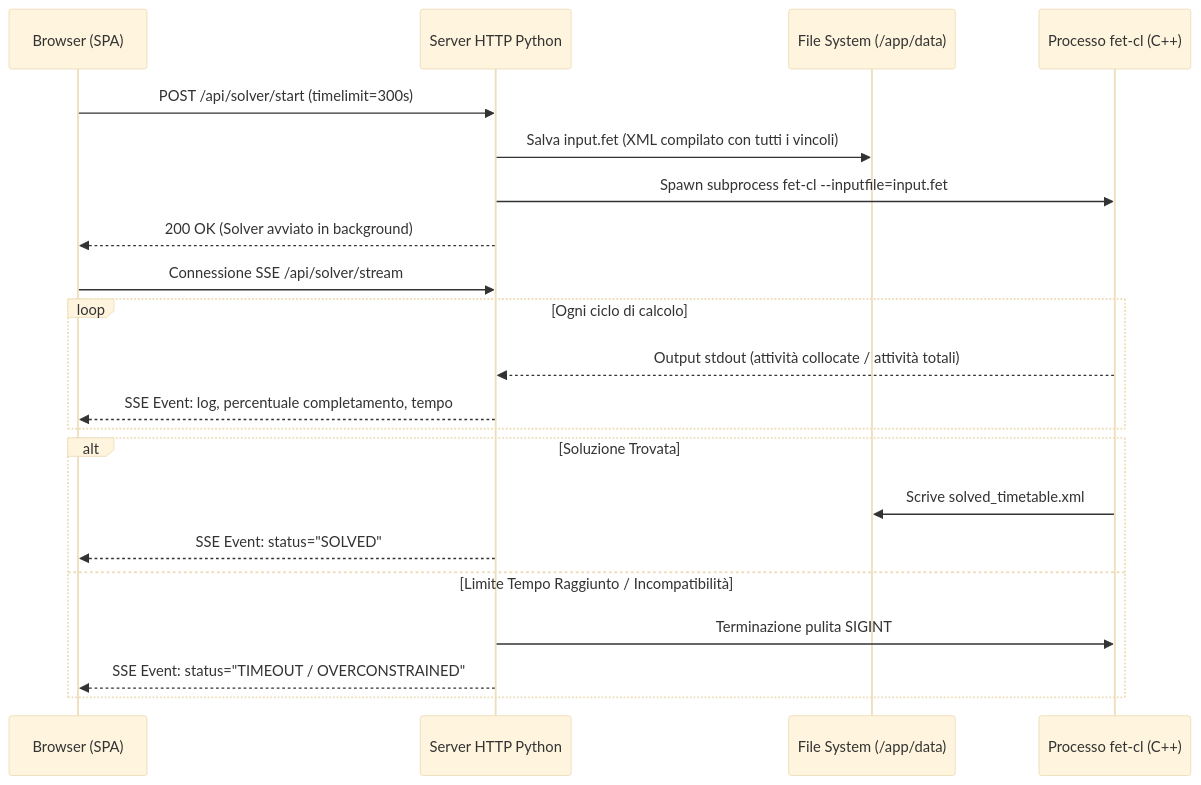
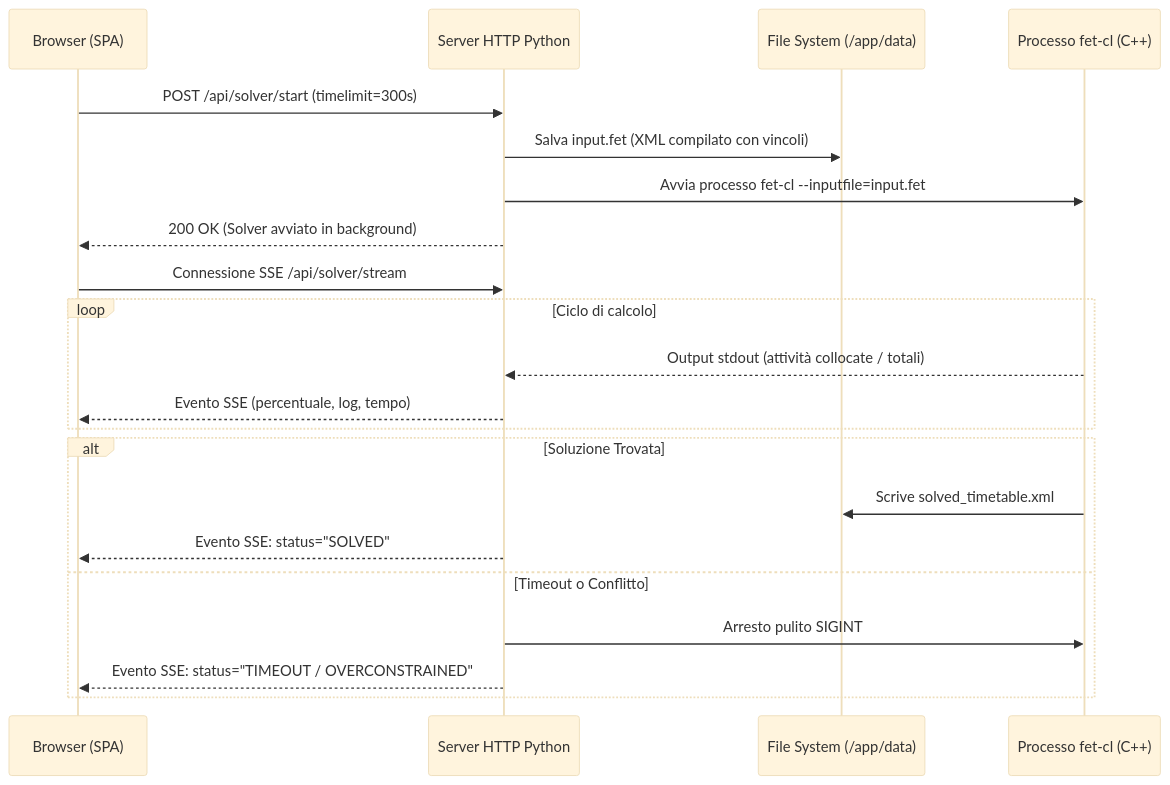
One commit to carlorigoni/eurario changed the second of 3 diagrams in docs/timetable-flow.md. Above: the diagram before and after it, drawn with Mermaid (base theme). The commit also changed other lines of this file and 13 other files, not shown here.

````diff
--- a/docs/timetable-flow.md
+++ b/docs/timetable-flow.md
@@ -70,24 +84,24 @@
 ```mermaid
 sequenceDiagram
     participant UI as Browser (SPA)
     participant Srv as Server HTTP Python
     participant Disk as File System (/app/data)
     participant FET as Processo fet-cl (C++)
 
     UI->>Srv: POST /api/solver/start (timelimit=300s)
-    Srv->>Disk: Salva input.fet (XML compilato con tutti i vincoli)
-    Srv->>FET: Spawn subprocess fet-cl --inputfile=input.fet
+    Srv->>Disk: Salva input.fet (XML compilato con vincoli)
+    Srv->>FET: Avvia processo fet-cl --inputfile=input.fet
     Srv-->>UI: 200 OK (Solver avviato in background)
     UI->>Srv: Connessione SSE /api/solver/stream
-    loop Ogni ciclo di calcolo
-        FET-->>Srv: Output stdout (attività collocate / attività totali)
-        Srv-->>UI: SSE Event: log, percentuale completamento, tempo
+    loop Ciclo di calcolo
+        FET-->>Srv: Output stdout (attività collocate / totali)
+        Srv-->>UI: Evento SSE (percentuale, log, tempo)
     end
     alt Soluzione Trovata
         FET->>Disk: Scrive solved_timetable.xml
-        Srv-->>UI: SSE Event: status="SOLVED"
-    else Limite Tempo Raggiunto / Incompatibilità
-        Srv->>FET: Terminazione pulita SIGINT
-        Srv-->>UI: SSE Event: status="TIMEOUT / OVERCONSTRAINED"
+        Srv-->>UI: Evento SSE: status="SOLVED"
+    else Timeout o Conflitto
+        Srv->>FET: Arresto pulito SIGINT
+        Srv-->>UI: Evento SSE: status="TIMEOUT / OVERCONSTRAINED"
     end
 ```
````
